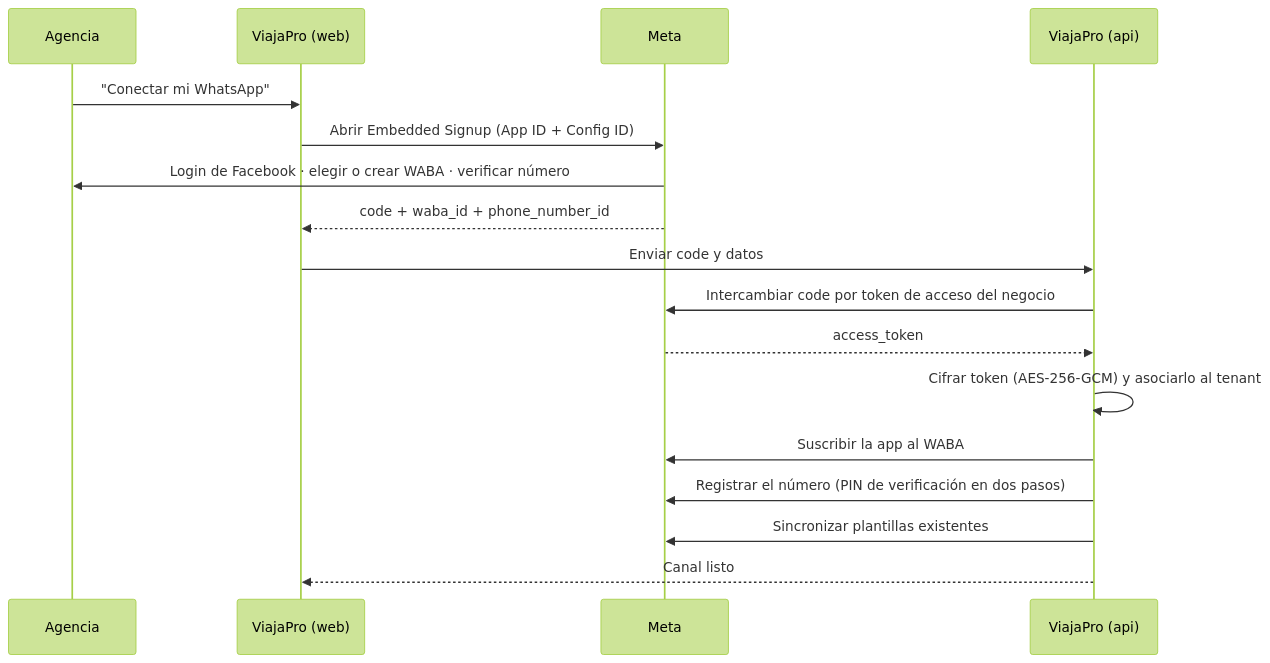
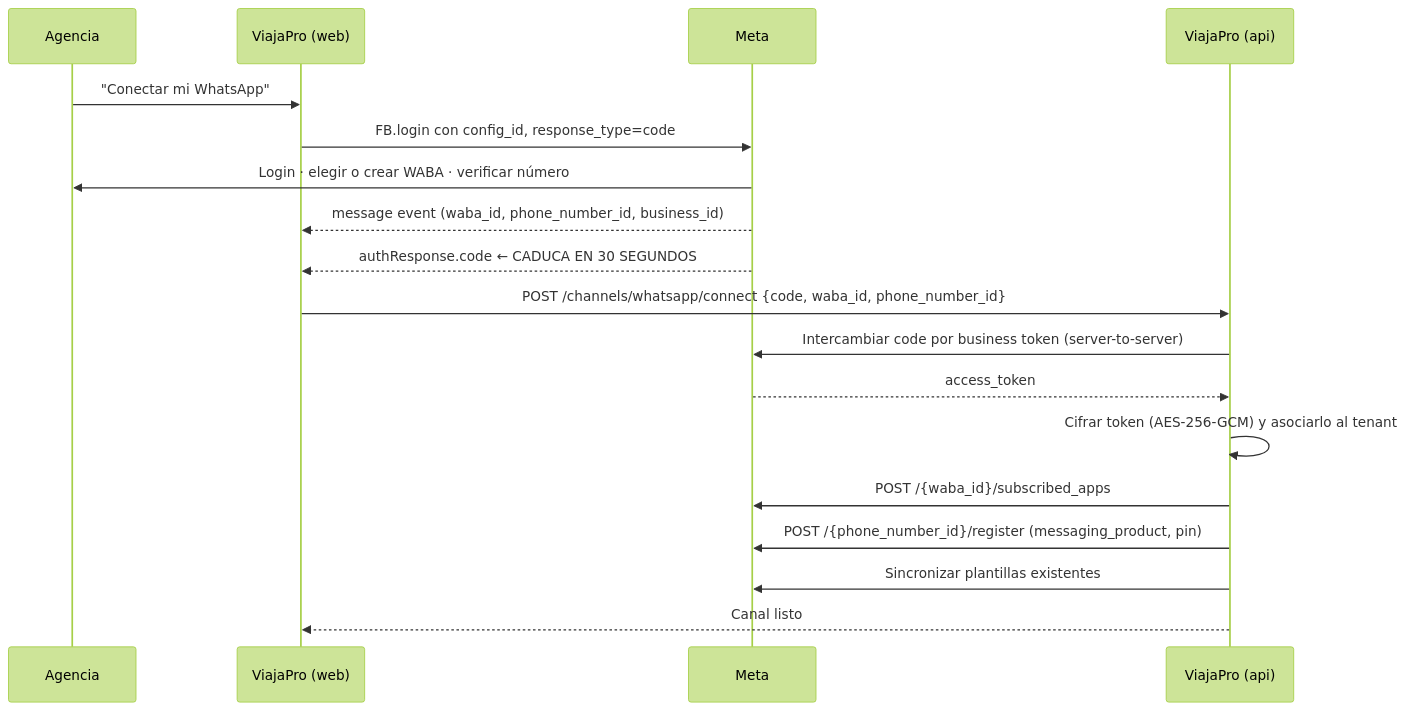
Before and after one commit to system-technology/CRM: the second of 2 diagrams in docs/04-integraciones/01-whatsapp-cloud-api.md, drawn with Mermaid (forest theme). The commit also changed other lines of this file, not shown here.

````diff
--- a/docs/04-integraciones/01-whatsapp-cloud-api.md
+++ b/docs/04-integraciones/01-whatsapp-cloud-api.md
@@ -43,20 +81,21 @@
 ```mermaid
 sequenceDiagram
     participant A as Agencia
     participant W as ViajaPro (web)
     participant M as Meta
     participant S as ViajaPro (api)
 
     A->>W: "Conectar mi WhatsApp"
-    W->>M: Abrir Embedded Signup (App ID + Config ID)
-    M->>A: Login de Facebook · elegir o crear WABA · verificar número
-    M-->>W: code + waba_id + phone_number_id
-    W->>S: Enviar code y datos
-    S->>M: Intercambiar code por token de acceso del negocio
+    W->>M: FB.login con config_id, response_type=code
+    M->>A: Login · elegir o crear WABA · verificar número
+    M-->>W: message event (waba_id, phone_number_id, business_id)
+    M-->>W: authResponse.code  ← CADUCA EN 30 SEGUNDOS
+    W->>S: POST /channels/whatsapp/connect {code, waba_id, phone_number_id}
+    S->>M: Intercambiar code por business token (server-to-server)
     M-->>S: access_token
     S->>S: Cifrar token (AES-256-GCM) y asociarlo al tenant
-    S->>M: Suscribir la app al WABA
-    S->>M: Registrar el número (PIN de verificación en dos pasos)
+    S->>M: POST /{waba_id}/subscribed_apps
+    S->>M: POST /{phone_number_id}/register (messaging_product, pin)
     S->>M: Sincronizar plantillas existentes
     S-->>W: Canal listo
 ```
````
